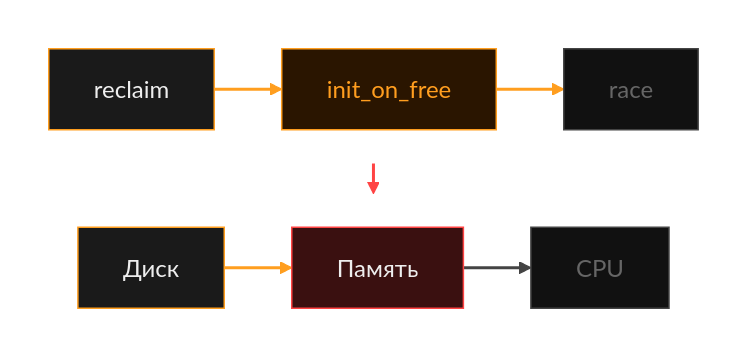
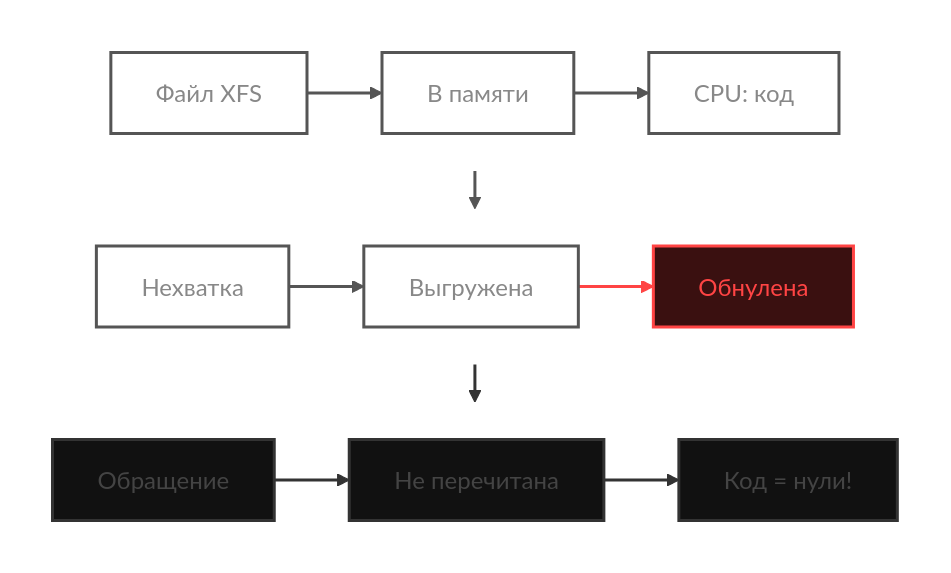
Before and after one commit to polarnik/postgresql-system-issue-story: the diagram in docs/diagrams/mmap-3.mmd, drawn with Mermaid. The commit also changed 36 other files, not shown here.

```diff
--- a/docs/diagrams/mmap-3.mmd
+++ b/docs/diagrams/mmap-3.mmd
@@ -1,28 +1,49 @@
-%%{init: {'theme': 'base', 'themeVariables': { 'darkMode': true, 'background': '#000000', 'primaryColor': '#ff9e1f', 'primaryTextColor': '#fff', 'primaryBorderColor': '#cc7e19', 'secondaryColor': '#111111', 'secondaryTextColor': '#fff', 'tertiaryColor': '#111111', 'lineColor': '#ff9e1f', 'textColor': '#fff', 'mainBkg': '#111111', 'fontFamily': 'verdana'}, 'flowchart': { 'nodeSpacing': 25, 'rankSpacing': 20 }}}%%
+%%{init: {'theme': 'base', 'themeVariables': { 'darkMode': true, 'background': '#000000', 'primaryColor': '#ff9e1f', 'primaryTextColor': '#fff', 'primaryBorderColor': '#cc7e19', 'secondaryColor': '#111111', 'secondaryTextColor': '#fff', 'tertiaryColor': '#111111', 'lineColor': '#ff9e1f', 'textColor': '#fff', 'mainBkg': '#111111', 'fontFamily': 'verdana'}, 'flowchart': { 'nodeSpacing': 30, 'rankSpacing': 25 }}}%%
 
 flowchart TB
-    classDef done fill:#1a1a1a,stroke:#ff9e1f,color:#eee
-    classDef active fill:#2a1500,stroke:#ff9e1f,color:#ff9e1f
-    classDef pending fill:#111111,stroke:#444,color:#666
-    classDef error fill:#3a1010,stroke:#ff4444,color:#eee
+    classDef done fill:transparent,stroke:#555,color:#888,stroke-width:2px
+    classDef active fill:#2a1500,stroke:#ff9e1f,color:#ff9e1f,stroke-width:2px
+    classDef pending fill:#111,stroke:#333,color:#444,stroke-width:2px
+    classDef error fill:#3a1010,stroke:#ff4444,color:#ff4444,stroke-width:2px
+    classDef success fill:#103a10,stroke:#44ff88,color:#44ff88,stroke-width:2px
 
     subgraph S1 [" "]
         direction LR
-        D["Диск"]:::done --> M["Память"]:::error --> CPU["CPU"]:::pending
+        A["Файл XFS"] --> B["В памяти"] --> C["CPU: код"]
     end
 
     subgraph S2 [" "]
         direction LR
-        R["reclaim"]:::done --> I["init_on_free"]:::active --> BUG["race"]:::pending
+        D["Нехватка"] --> E["Выгружена"] --> F["Обнулена"]
     end
 
-    S2 --> M
+    subgraph S3 [" "]
+        direction LR
+        G["Обращение"] --> H["Не перечитана"] --> I["Код = нули!"]
+    end
 
-    linkStyle 0 stroke:#ff9e1f,stroke-width:2px
-    linkStyle 1 stroke:#444,stroke-width:2px
-    linkStyle 2 stroke:#ff9e1f,stroke-width:2px
-    linkStyle 3 stroke:#ff9e1f,stroke-width:2px
-    linkStyle 4 stroke:#ff4444,stroke-width:2px
+    S1 --> S2
+    S2 --> S3
 
     style S1 fill:transparent,stroke:transparent
     style S2 fill:transparent,stroke:transparent
+    style S3 fill:transparent,stroke:transparent
+
+    A:::done
+    B:::done
+    C:::done
+    D:::done
+    E:::done
+    F:::error
+    G:::pending
+    H:::pending
+    I:::pending
+
+    linkStyle 0 stroke:#555,stroke-width:2px
+    linkStyle 1 stroke:#555,stroke-width:2px
+    linkStyle 2 stroke:#555,stroke-width:2px
+    linkStyle 3 stroke:#ff4444,stroke-width:2px
+    linkStyle 4 stroke:#333,stroke-width:2px
+    linkStyle 5 stroke:#333,stroke-width:2px
+    linkStyle 6 stroke:#555,stroke-width:2px
+    linkStyle 7 stroke:#333,stroke-width:2px
```
